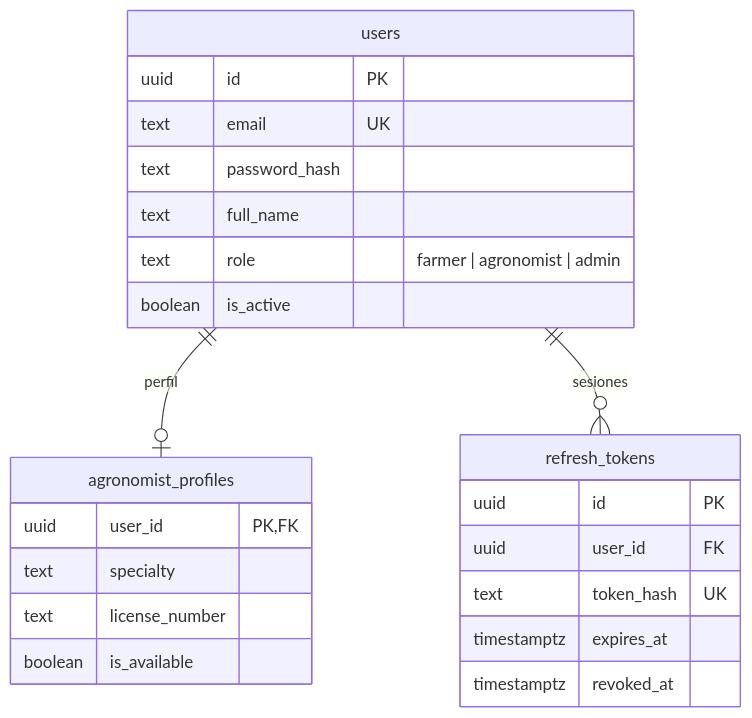
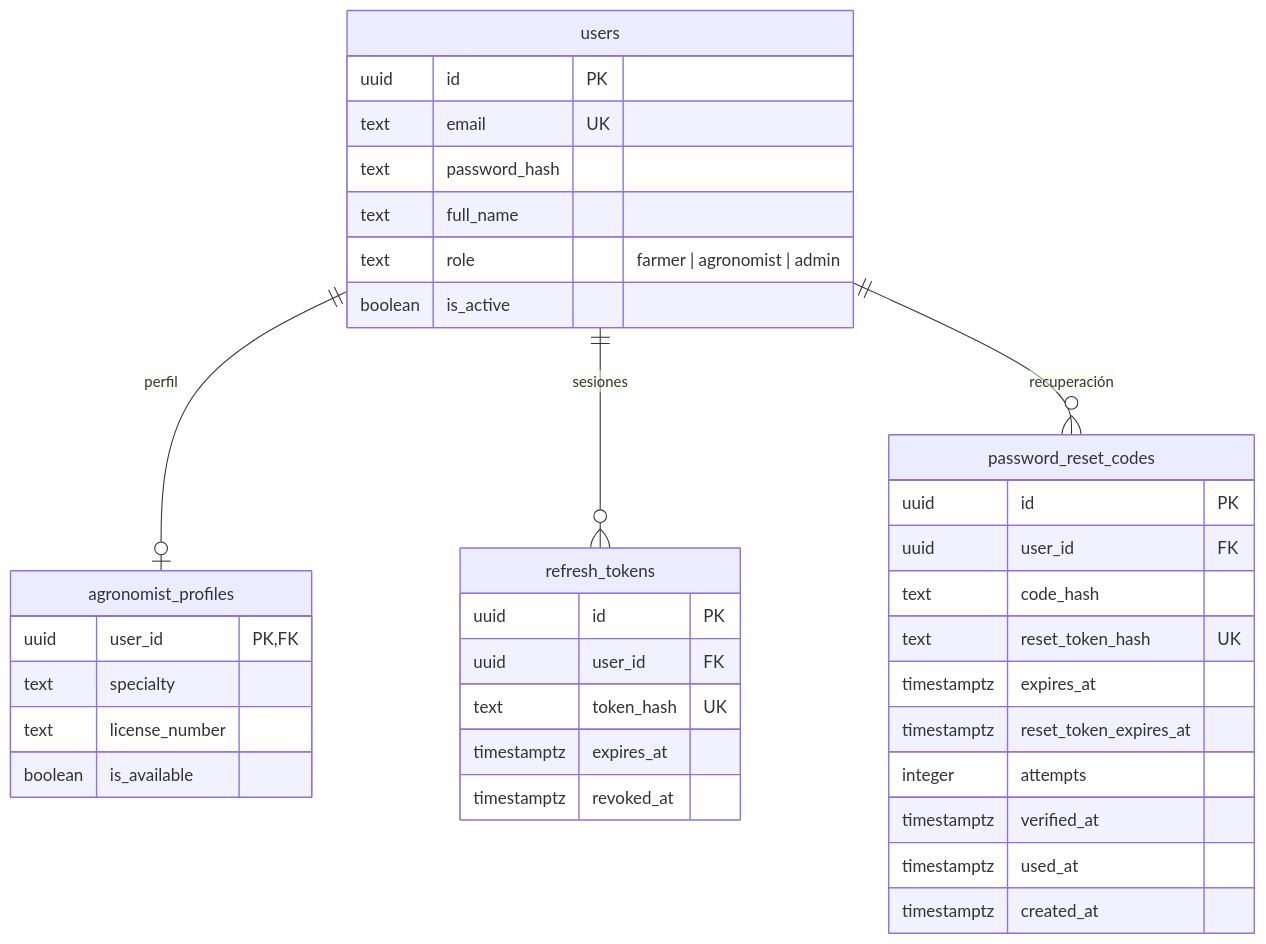
Before and after one commit to maferodri/AgroDoc: the third of 7 diagrams in docs/base-de-datos.md, drawn with Mermaid. The commit also changed other lines of this file and 16 other files, not shown here.

````diff
--- a/docs/base-de-datos.md
+++ b/docs/base-de-datos.md
@@ -108,27 +108,40 @@
 ```mermaid
 erDiagram
     users ||--o| agronomist_profiles : "perfil"
     users ||--o{ refresh_tokens : "sesiones"
+    users ||--o{ password_reset_codes : "recuperación"
 
     users {
         uuid id PK
         text email UK
         text password_hash
         text full_name
         text role "farmer | agronomist | admin"
         boolean is_active
     }
     agronomist_profiles {
         uuid user_id PK, FK
         text specialty
         text license_number
         boolean is_available
     }
     refresh_tokens {
         uuid id PK
         uuid user_id FK
         text token_hash UK
         timestamptz expires_at
         timestamptz revoked_at
     }
+    password_reset_codes {
+        uuid id PK
+        uuid user_id FK
+        text code_hash
+        text reset_token_hash UK
+        timestamptz expires_at
+        timestamptz reset_token_expires_at
+        integer attempts
+        timestamptz verified_at
+        timestamptz used_at
+        timestamptz created_at
+    }
 ```
````
